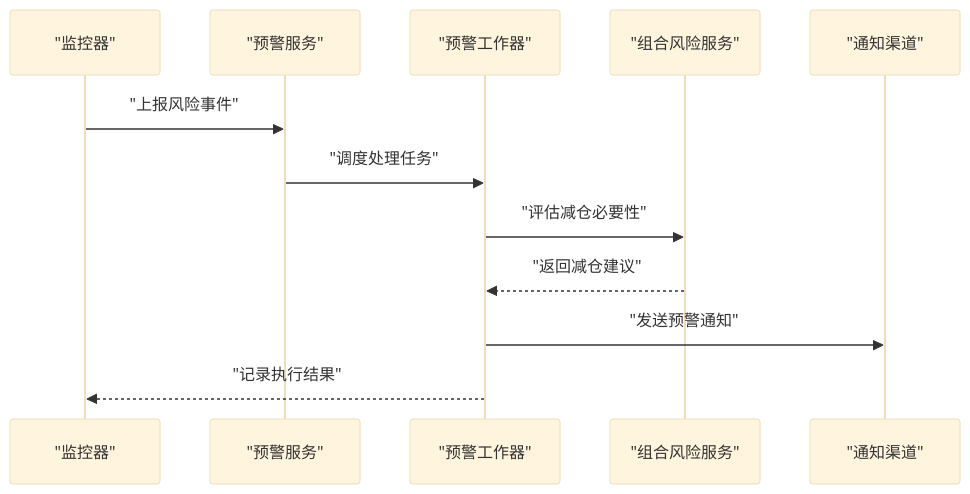
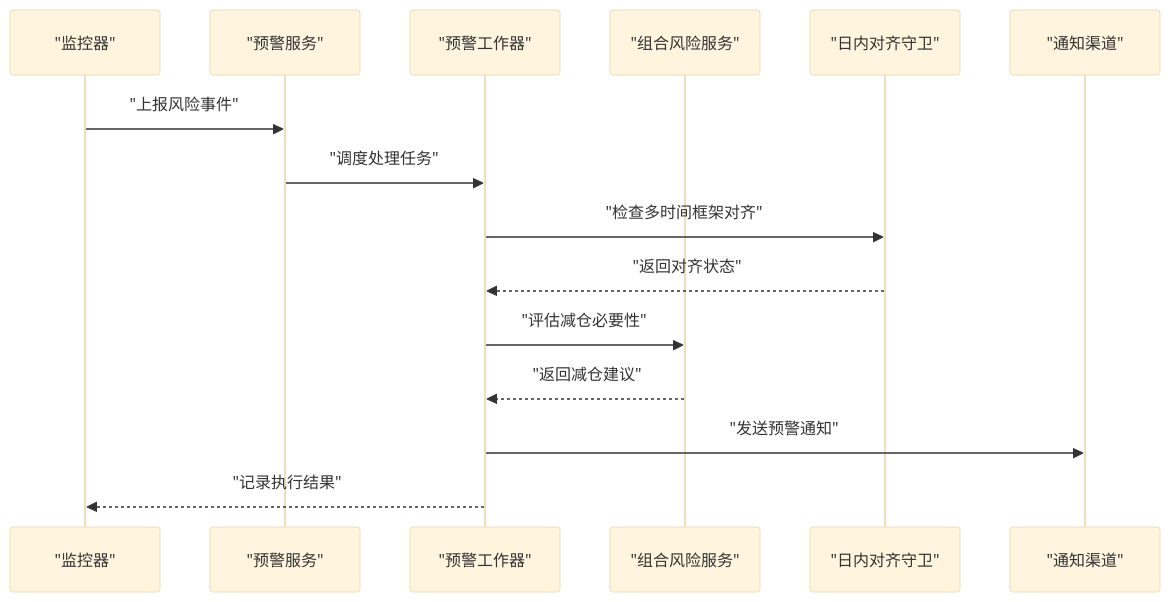
One commit to anYaoooo/daily_stock_analysis changed the fourth of 8 diagrams in .qoder/repowiki/zh/content/交易策略系统/风险管理.md. Above: the diagram before and after it, drawn with Mermaid (base theme). The commit also changed other lines of this file and 23 other files, not shown here.

````diff
--- a/.qoder/repowiki/zh/content/交易策略系统/风险管理.md
+++ b/.qoder/repowiki/zh/content/交易策略系统/风险管理.md
@@ -199,14 +241,17 @@
 ```mermaid
 sequenceDiagram
 participant Monitor as "监控器"
 participant AlertSvc as "预警服务"
 participant Worker as "预警工作器"
 participant RiskSvc as "组合风险服务"
+participant AlignmentGuard as "日内对齐守卫"
 participant Notify as "通知渠道"
 Monitor->>AlertSvc : "上报风险事件"
 AlertSvc->>Worker : "调度处理任务"
+Worker->>AlignmentGuard : "检查多时间框架对齐"
+AlignmentGuard-->>Worker : "返回对齐状态"
 Worker->>RiskSvc : "评估减仓必要性"
 RiskSvc-->>Worker : "返回减仓建议"
 Worker->>Notify : "发送预警通知"
 Worker-->>Monitor : "记录执行结果"
 ```
````
